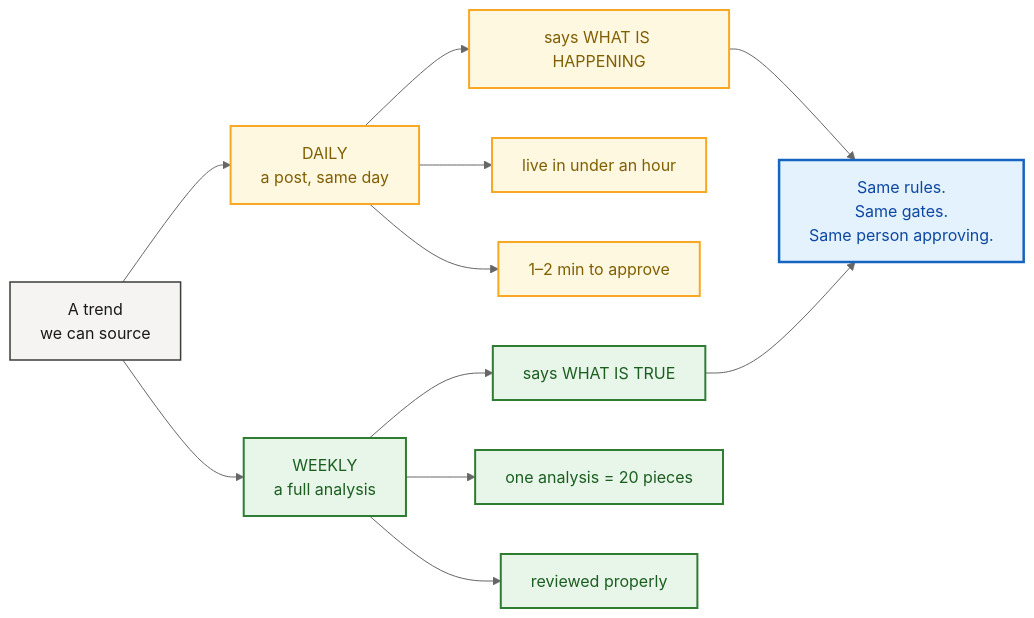
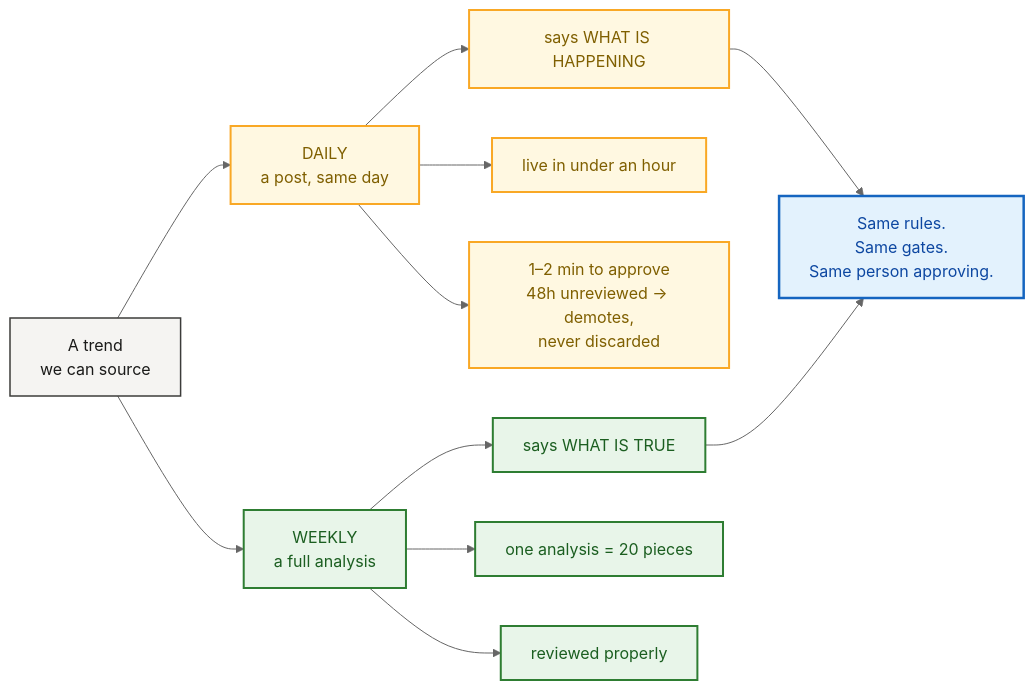
The second of 21 diagrams in docs/gtm/content-engine-flowchart.md (rathishreya/Caspr), drawn with Mermaid (neutral theme) before and after one commit. The commit also changed other lines of this file and 4 other files, not shown here.

````diff
--- a/docs/gtm/content-engine-flowchart.md
+++ b/docs/gtm/content-engine-flowchart.md
@@ -87,27 +87,27 @@
 ```mermaid
 flowchart LR
     T["A trend<br/>we can source"]
 
     T --> D["DAILY<br/>a post, same day"]
     T --> W["WEEKLY<br/>a full analysis"]
 
     D --> D1["says WHAT IS HAPPENING"]
     D --> D2["live in under an hour"]
-    D --> D3["1–2 min to approve"]
+    D --> D3["1–2 min to approve<br/>48h unreviewed → demotes,<br/>never discarded"]
 
     W --> W1["says WHAT IS TRUE"]
     W --> W2["one analysis = 20 pieces"]
     W --> W3["reviewed properly"]
 
     D1 --> R["Same rules.<br/>Same gates.<br/>Same person approving."]
     W1 --> R
 
     classDef t fill:#f5f4f2,stroke:#3c3c3a,stroke-width:1.5px,color:#1a1a19
     classDef d fill:#fff8e1,stroke:#f9a825,stroke-width:2px,color:#7f5f00
     classDef w fill:#e8f5e9,stroke:#2e7d32,stroke-width:2px,color:#1b5e20
     classDef r fill:#e3f2fd,stroke:#1565c0,stroke-width:2.5px,color:#0d47a1
     class T t
     class D,D1,D2,D3 d
     class W,W1,W2,W3 w
     class R r
 ```
````
